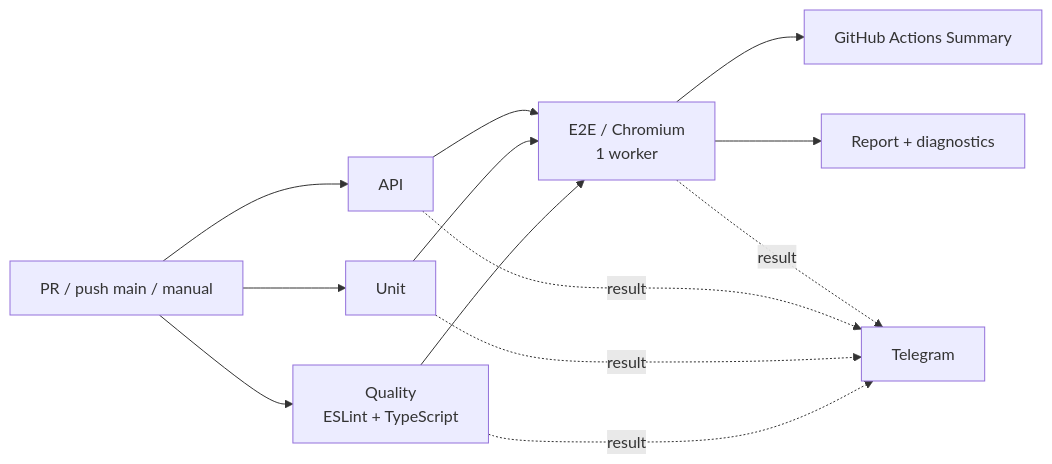
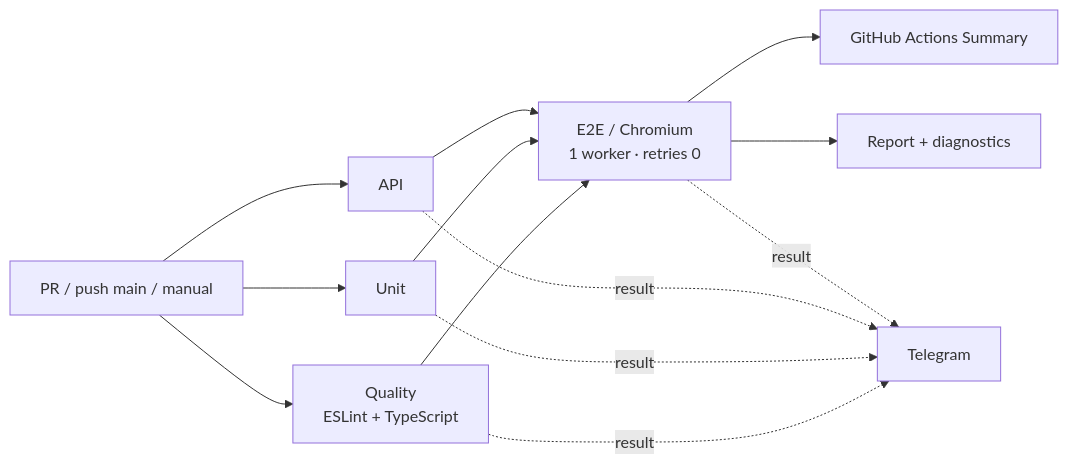
Before and after one commit to TokhirjonYuldoshev/pomidorqa-tests: the second of 2 diagrams in README.md, drawn with Mermaid. The commit also changed other lines of this file and 1 other file, not shown here.

First line of the commit message:
docs: finalize portfolio architecture and stability evidence (#7)

````diff
--- a/README.md
+++ b/README.md
@@ -94,15 +126,15 @@
 ```mermaid
 flowchart LR
     A[PR / push main / manual] --> Q[Quality\nESLint + TypeScript]
     A --> U[Unit]
     A --> P[API]
-    Q --> E[E2E / Chromium\n1 worker]
+    Q --> E[E2E / Chromium\n1 worker · retries 0]
     U --> E
     P --> E
     E --> S[GitHub Actions Summary]
     E --> R[Report + diagnostics]
     Q -. result .-> T[Telegram]
     U -. result .-> T
     P -. result .-> T
     E -. result .-> T
 ```
````
